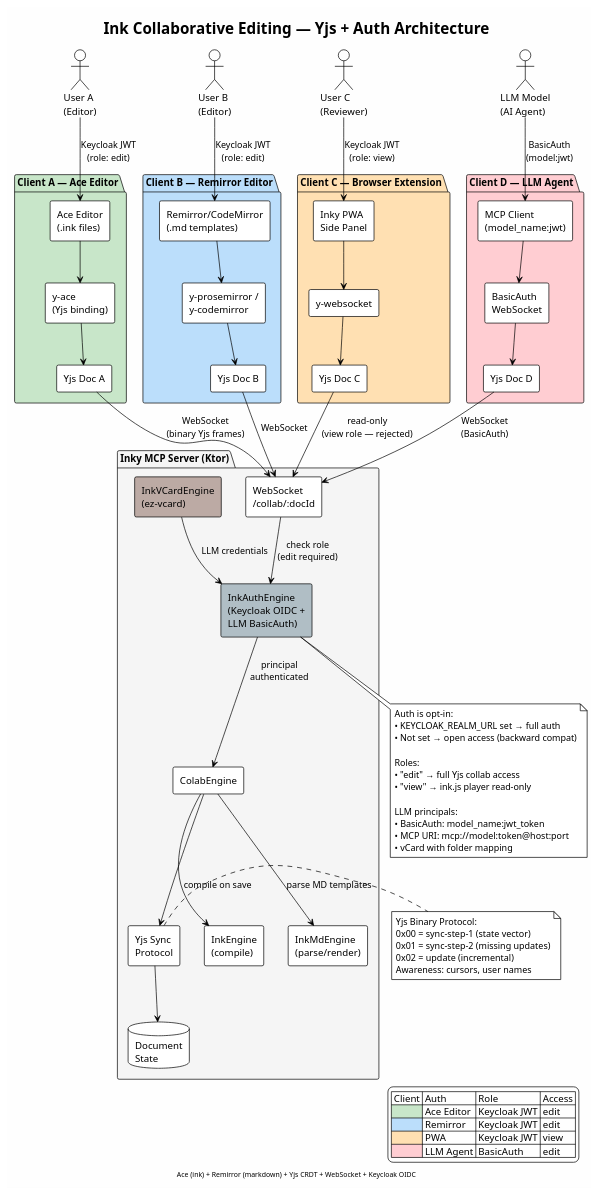
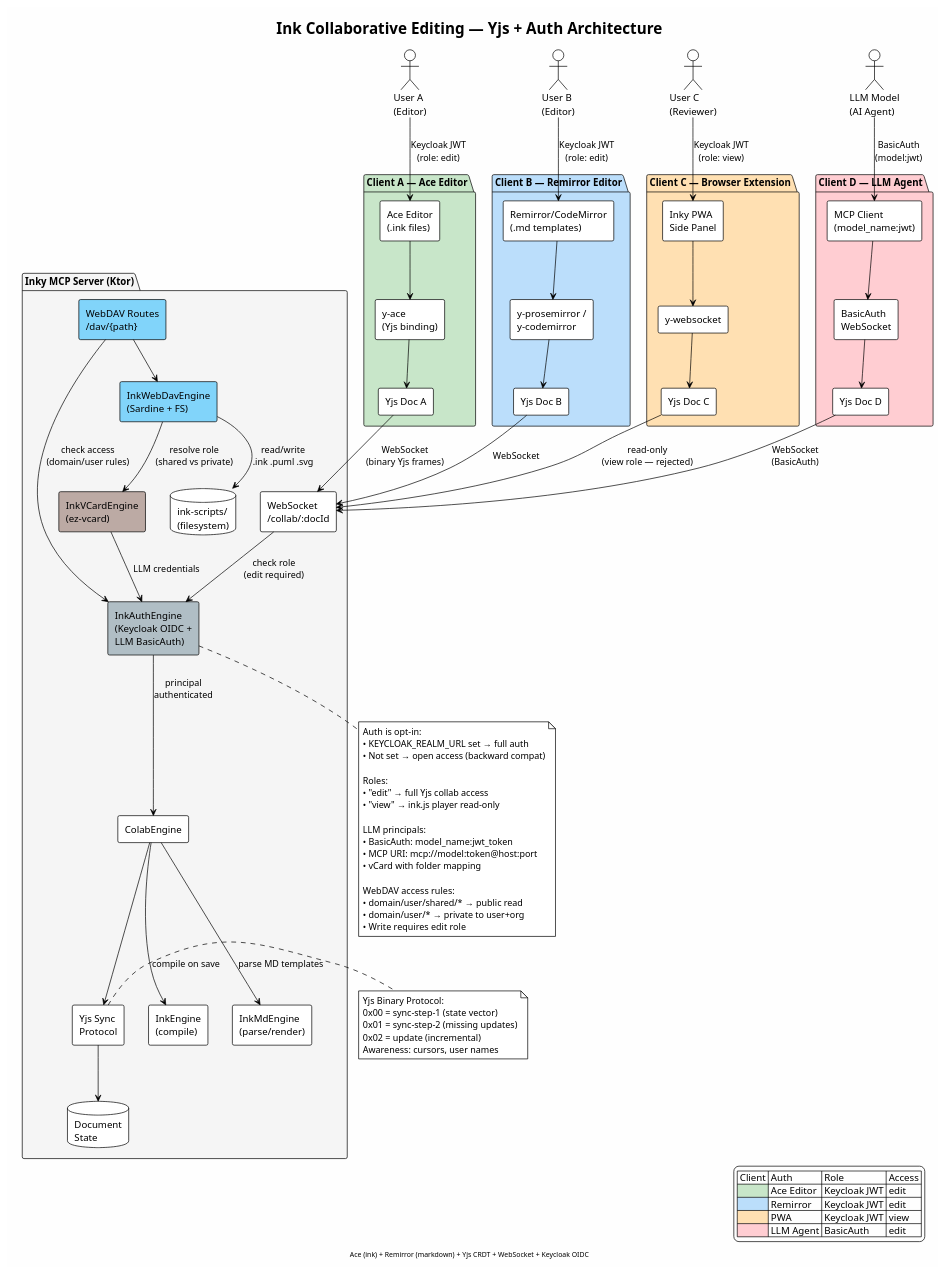
The diagram in docs/architecture/ink-collab-yjs.puml (VRDate/inky), drawn with PlantUML before and after one commit. The commit also changed 7 other files, not shown here.

First line of the commit message:
Add WebDAV server routes, Sardine client, backup and working copy support (61→71 tools)

```diff
--- a/docs/architecture/ink-collab-yjs.puml
+++ b/docs/architecture/ink-collab-yjs.puml
@@ -1,119 +1,133 @@
 @startuml ink-collab-yjs
 !theme plain
 skinparam backgroundColor #FEFEFE
 
 title Ink Collaborative Editing — Yjs + Auth Architecture
 footer Ace (ink) + Remirror (markdown) + Yjs CRDT + WebSocket + Keycloak OIDC
 
 actor "User A\n(Editor)" as userA
 actor "User B\n(Editor)" as userB
 actor "User C\n(Reviewer)" as userC
 actor "LLM Model\n(AI Agent)" as llmAgent
 
 ' ── Client Side ──
 package "Client A — Ace Editor" as clientA #C8E6C9 {
     rectangle "Ace Editor\n(.ink files)" as aceA
     rectangle "y-ace\n(Yjs binding)" as yaceA
     rectangle "Yjs Doc A" as ydocA
 }
 
 package "Client B — Remirror Editor" as clientB #BBDEFB {
     rectangle "Remirror/CodeMirror\n(.md templates)" as remirrorB
     rectangle "y-prosemirror /\ny-codemirror" as ycmB
     rectangle "Yjs Doc B" as ydocB
 }
 
 package "Client C — Browser Extension" as clientC #FFE0B2 {
     rectangle "Inky PWA\nSide Panel" as pwaC
     rectangle "y-websocket" as ywsC
     rectangle "Yjs Doc C" as ydocC
 }
 
 package "Client D — LLM Agent" as clientD #FFCDD2 {
     rectangle "MCP Client\n(model_name:jwt)" as mcpClient
     rectangle "BasicAuth\nWebSocket" as llmWs
     rectangle "Yjs Doc D" as ydocD
 }
 
 ' ── Server Side ──
 package "Inky MCP Server (Ktor)" as server #F5F5F5 {
     rectangle "InkAuthEngine\n(Keycloak OIDC +\nLLM BasicAuth)" as authEngine #B0BEC5
 
     rectangle "ColabEngine" as colabEngine
     rectangle "Yjs Sync\nProtocol" as yjsSync
     rectangle "WebSocket\n/collab/:docId" as wsEndpoint
 
     rectangle "InkEngine\n(compile)" as inkEngine
     rectangle "InkMdEngine\n(parse/render)" as inkMdEngine
 
     rectangle "InkVCardEngine\n(ez-vcard)" as vcardEngine #BCAAA4
 
+    rectangle "InkWebDavEngine\n(Sardine + FS)" as webDavEngine #81D4FA
+    rectangle "WebDAV Routes\n/dav/{path}" as davEndpoint #81D4FA
+
     database "Document\nState" as docState
+    database "ink-scripts/\n(filesystem)" as inkScripts
 }
 
 ' ── Auth Flow ──
 userA --> aceA : Keycloak JWT\n(role: edit)
 userB --> remirrorB : Keycloak JWT\n(role: edit)
 userC --> pwaC : Keycloak JWT\n(role: view)
 llmAgent --> mcpClient : BasicAuth\n(model:jwt)
 
 ' ── Connections ──
 aceA --> yaceA
 yaceA --> ydocA
 ydocA --> wsEndpoint : WebSocket\n(binary Yjs frames)
 
 remirrorB --> ycmB
 ycmB --> ydocB
 ydocB --> wsEndpoint : WebSocket
 
 pwaC --> ywsC
 ywsC --> ydocC
 ydocC --> wsEndpoint : "read-only\n(view role — rejected)"
 
 mcpClient --> llmWs
 llmWs --> ydocD
 ydocD --> wsEndpoint : WebSocket\n(BasicAuth)
 
 wsEndpoint --> authEngine : "check role\n(edit required)"
 authEngine --> colabEngine : "principal\nauthenticated"
 colabEngine --> yjsSync
 yjsSync --> docState
 
 colabEngine --> inkEngine : compile on save
 colabEngine --> inkMdEngine : parse MD templates
 
 vcardEngine --> authEngine : LLM credentials
 
+davEndpoint --> authEngine : "check access\n(domain/user rules)"
+davEndpoint --> webDavEngine
+webDavEngine --> vcardEngine : "resolve role\n(shared vs private)"
+webDavEngine --> inkScripts : "read/write\n.ink .puml .svg"
+
 ' ── Protocol ──
 note right of yjsSync
   Yjs Binary Protocol:
   0x00 = sync-step-1 (state vector)
   0x01 = sync-step-2 (missing updates)
   0x02 = update (incremental)
   Awareness: cursors, user names
 end note
 
 note bottom of authEngine
   Auth is opt-in:
   • KEYCLOAK_REALM_URL set → full auth
   • Not set → open access (backward compat)
 
   Roles:
   • "edit" → full Yjs collab access
   • "view" → ink.js player read-only
 
   LLM principals:
   • BasicAuth: model_name:jwt_token
   • MCP URI: mcp://model:token@host:port
   • vCard with folder mapping
+
+  WebDAV access rules:
+  • domain/user/shared/* → public read
+  • domain/user/* → private to user+org
+  • Write requires edit role
 end note
 
 legend right
   | Client | Auth | Role | Access |
   |<#C8E6C9>| Ace Editor | Keycloak JWT | edit | Full collab |
   |<#BBDEFB>| Remirror | Keycloak JWT | edit | Full collab |
   |<#FFE0B2>| PWA | Keycloak JWT | view | Read-only |
   |<#FFCDD2>| LLM Agent | BasicAuth | edit | Full collab |
 endlegend
 
 @enduml
```
